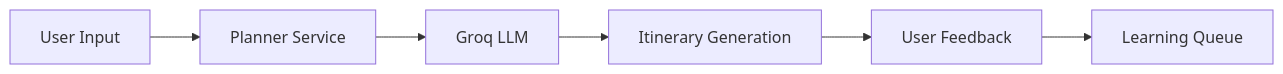
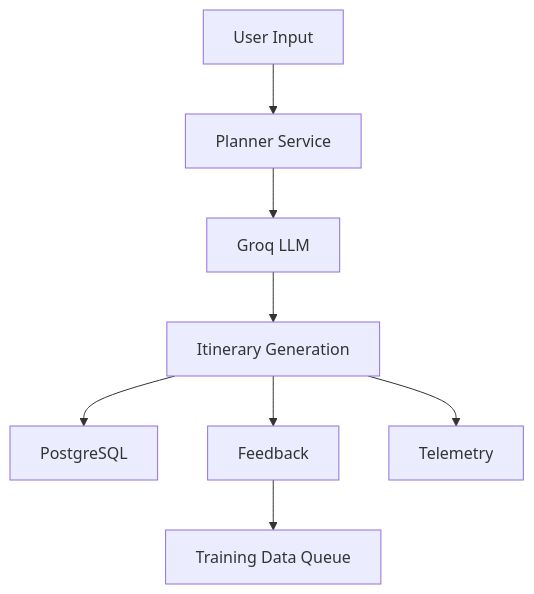
Before and after one commit to ShadyNights/Auto-LLM-Trainer: the diagram in README.md, drawn with Mermaid. The commit also changed other lines of this file, not shown here.

Commit message:
docs: revamp README with expanded project overview, architectural diagrams, and feature capability tables

````diff
--- a/README.md
+++ b/README.md
@@ -27,8 +156,10 @@
 ```mermaid
-flowchart LR
+flowchart TD
     A[User Input] --> B[Planner Service]
     B --> C[Groq LLM]
     C --> D[Itinerary Generation]
-    D --> E[User Feedback]
-    E --> F[Learning Queue]
+    D --> E[PostgreSQL]
+    D --> F[Feedback]
+    D --> G[Telemetry]
+    F --> H[Training Data Queue]
 ```
````
